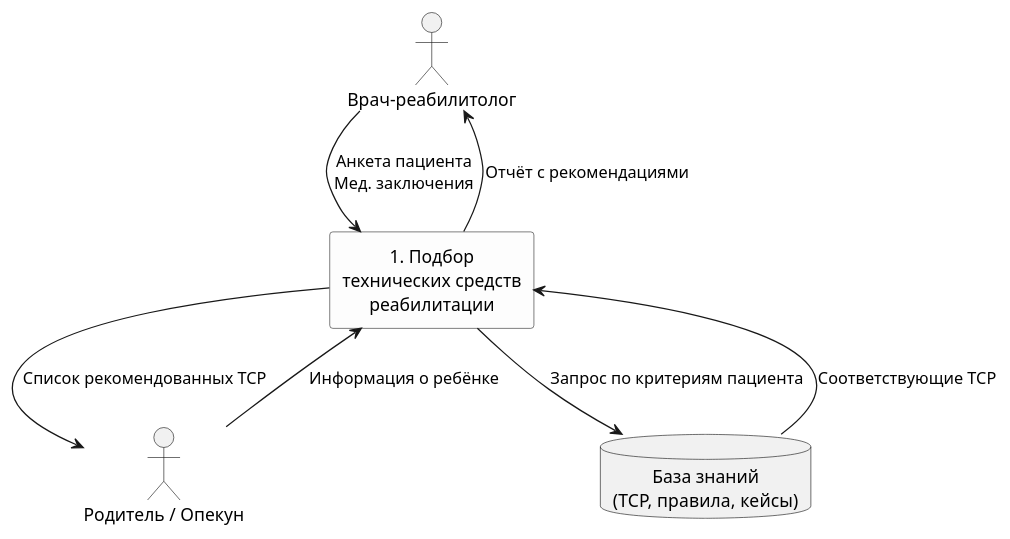
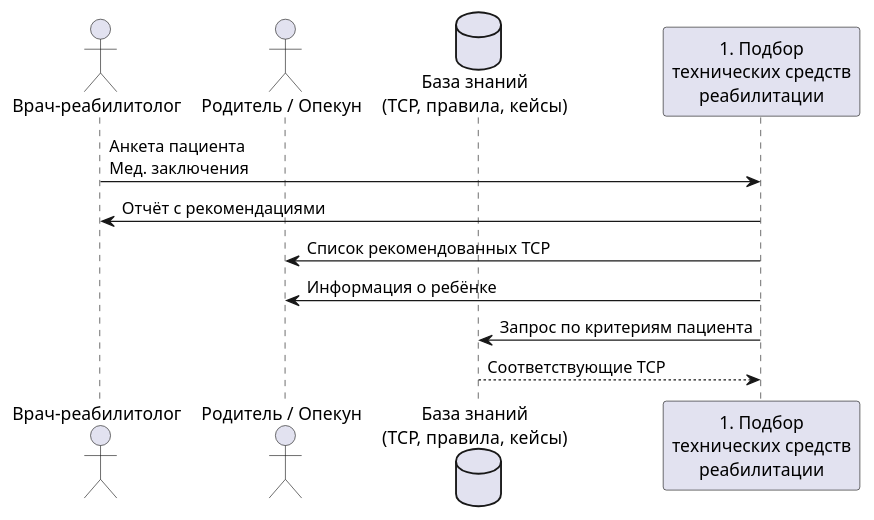
The diagram in project/dfd.puml (oksana-niki/intelligent-systems-lab), drawn with PlantUML before and after one commit. The commit also changed 12 other files, not shown here.

Commit message:
project diagrams

```diff
--- a/project/dfd.puml
+++ b/project/dfd.puml
@@ -1,30 +1,15 @@
 @startuml
-' Настройка внешнего вида
-skinparam style strictuml
-skinparam defaultTextAlignment center
-skinparam rectangle {
-  BackgroundColor #FDFDFD
-  BorderColor #333
-}
-
-' Внешние сущности
 actor "Врач-реабилитолог" as Doctor
 actor "Родитель / Опекун" as Parent
 database "База знаний\n(ТСР, правила, кейсы)" as KnowledgeBase
+participant "1. Подбор\nтехнических средств\nреабилитации" as Selection
 
-' Основной процесс
-rectangle "1. Подбор\nтехнических средств\nреабилитации" as MatchTsr
+Doctor -> Selection : Анкета пациента\nМед. заключения
+Selection -> Doctor : Отчёт с рекомендациями
 
-' Потоки данных от/к врачу
-Doctor --> MatchTsr : Анкета пациента\nМед. заключения
-MatchTsr --> Doctor : Отчёт с рекомендациями
+Selection -> Parent : Список рекомендованных ТСР
+Selection -> Parent : Информация о ребёнке
 
-' Потоки данных от/к родителю
-Parent --> MatchTsr : Информация о ребёнке
-MatchTsr --> Parent : Список рекомендованных ТСР
-
-' Работа с базой знаний
-MatchTsr --> KnowledgeBase : Запрос по критериям пациента
-KnowledgeBase --> MatchTsr : Соответствующие ТСР
-
+Selection -> KnowledgeBase : Запрос по критериям пациента
+KnowledgeBase --> Selection : Соответствующие ТСР
 @enduml
```
